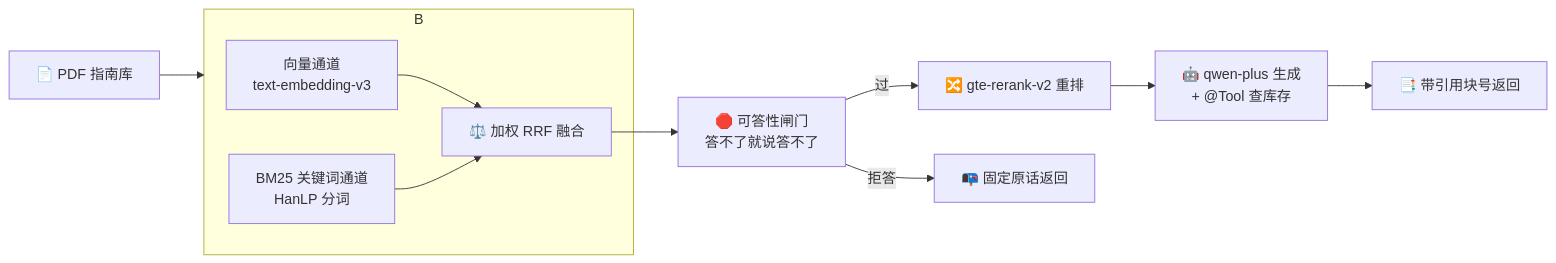
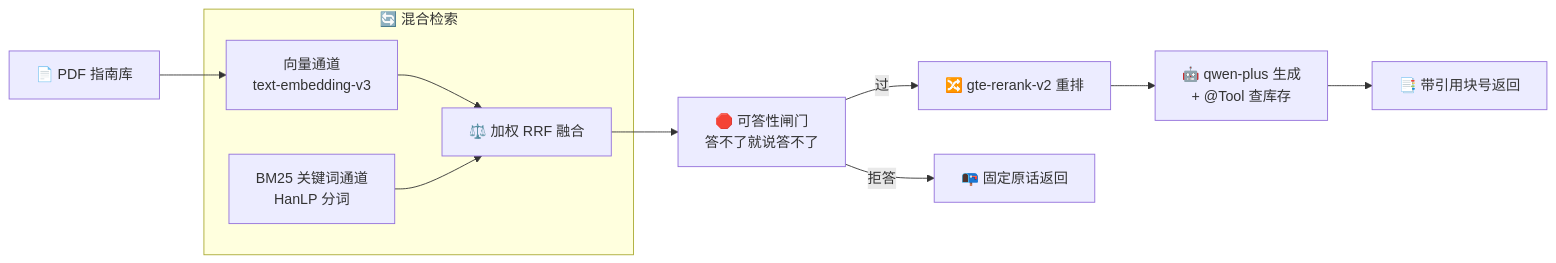
Before and after one commit to zhenjb513/medical-rag: the first of 3 diagrams in README.md, drawn with Mermaid. The commit also changed other lines of this file, not shown here.

First line of the commit message:
fix: README 在 GitHub 上渲染出 CSS 源码 + mermaid 红框

````diff
--- a/README.md
+++ b/README.md
@@ -16,14 +7,14 @@
 ```mermaid
 flowchart LR
-    A[📄 PDF 指南库] --> B[🔄 混合检索]
-    subgraph B
+    A[📄 PDF 指南库] --> B1
+    subgraph B[🔄 混合检索]
       B1[向量通道<br>text-embedding-v3]
       B2[BM25 关键词通道<br>HanLP 分词]
       B1 & B2 --> B3[⚖️ 加权 RRF 融合]
     end
     B3 --> C[🛑 可答性闸门<br>答不了就说答不了]
     C -->|过| D[🔀 gte-rerank-v2 重排]
     C -->|拒答| X[📭 固定原话返回]
     D --> E[🤖 qwen-plus 生成<br>+ @Tool 查库存]
     E --> F[📑 带引用块号返回]
 ```
````
